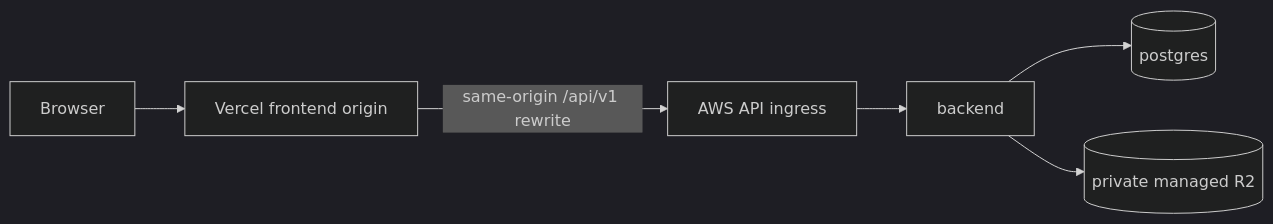
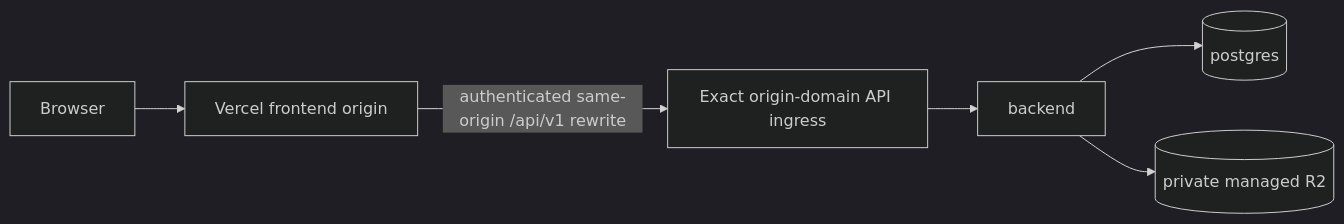
One commit to JNU-SWCU/oss-hub changed the second of 2 diagrams in docs/architecture.md. Above: the diagram before and after it, drawn with Mermaid (dark theme). The commit also changed other lines of this file and 15 other files, not shown here.

First line of the commit message:
feat(deploy): custom-domain origin을 authenticated API boundary로 만든다 (#1165)

````diff
--- a/docs/architecture.md
+++ b/docs/architecture.md
@@ -46,8 +51,8 @@
 ```mermaid
 flowchart LR
   Browser[Browser] --> Vercel[Vercel frontend origin]
-  Vercel -- same-origin /api/v1 rewrite --> Ingress[AWS API ingress]
+  Vercel -- authenticated same-origin /api/v1 rewrite --> Ingress[Exact origin-domain API ingress]
   Ingress --> Back[backend]
   Back --> Postgres[(postgres)]
   Back --> R2[(private managed R2)]
 ```
````
